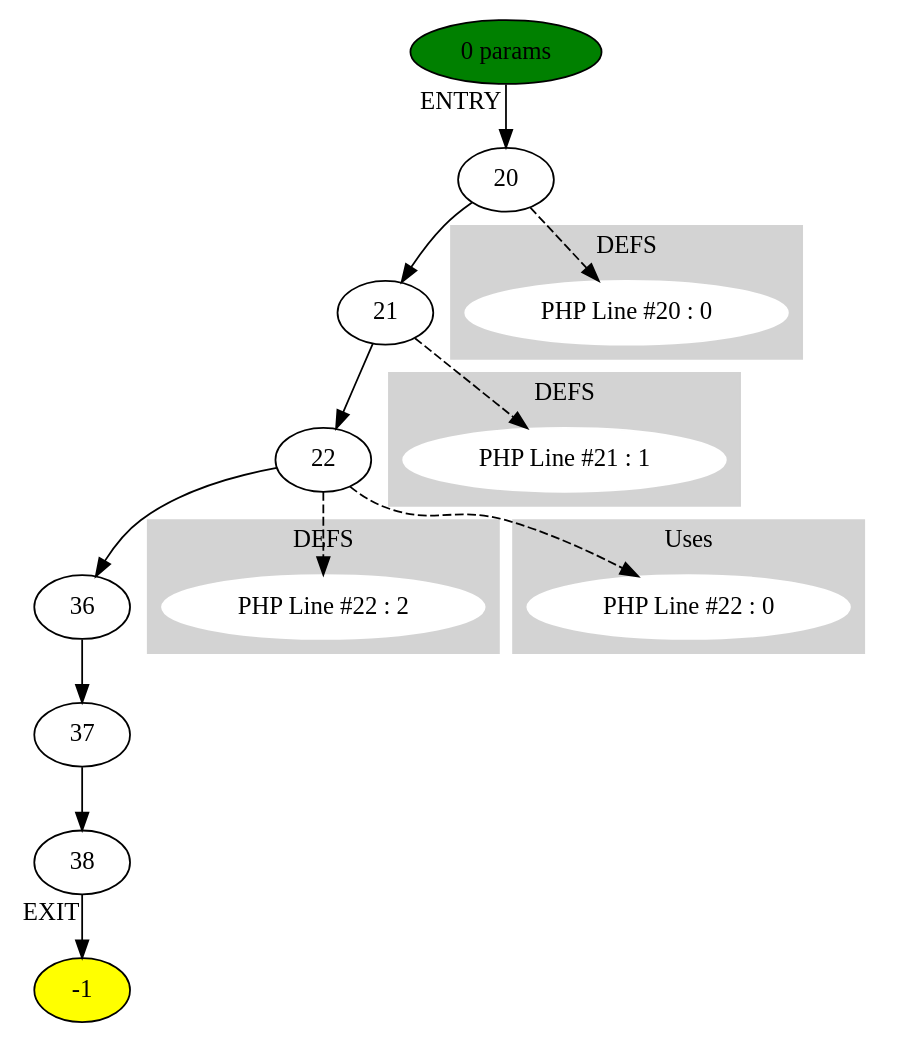
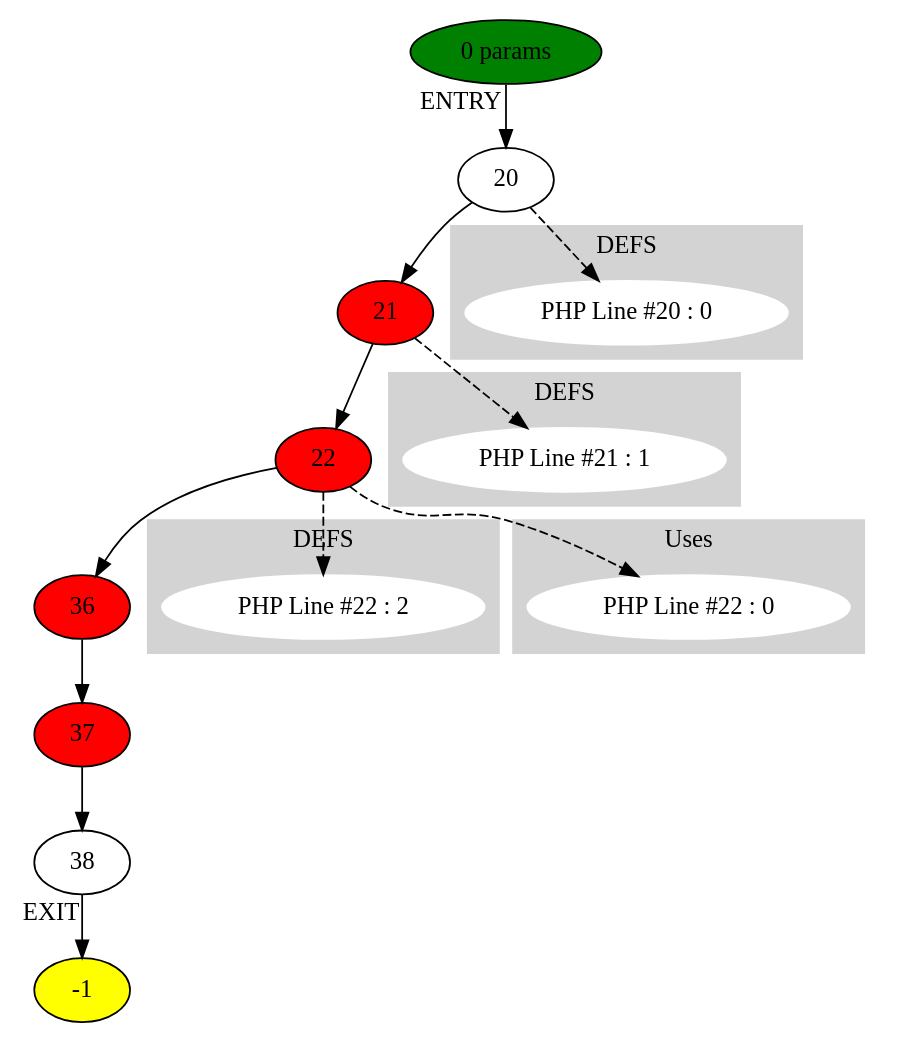
Before and after one commit to brianedmonds90/CFG-Hip-Hop: the diagram in CFG_FROM_PHP/graphViz/assign_me_Function siteJson at 28 (ID 1).dot, drawn with Graphviz. The commit also changed 27 other files, not shown here.

```diff
--- a/CFG_FROM_PHP/graphViz/assign_me_Function siteJson at 28 (ID 1).dot
+++ b/CFG_FROM_PHP/graphViz/assign_me_Function siteJson at 28 (ID 1).dot
@@ -1,65 +1,24 @@
 digraph testName {
-0 [label="20" tooltip="String
-VGetG
-BindL
-PopV
-"];
-1 [label="21" tooltip="String
-FPushFuncD
-String
-FPassCE
-FCall
-UnboxR
-String
-Concat
-FPushFuncD
-String
-FPassCE
-FCall
-UnboxR
-Concat
-Concat
-SetL
-PopC
-"];
-2 [label="22" tooltip="CGetL
-FPushObjMethodD
-FPassL
-FCall
-UnboxR
-SetL
-PopC
-"];
-3 [label="36" tooltip="FPushFuncD
-String
-FPassCE
-FCall
-PopR
-"];
-4 [label="37" tooltip="FPushFuncD
-FPassL
-FCall
-UnboxR
-Print
-PopC
-"];
-5 [label="38" tooltip="Null
-RetC
-"];
+0 [label="20"];
+1 [label="21" , fillcolor = red, style = filled];
+2 [label="22" , fillcolor = red, style = filled];
+3 [label="36" , fillcolor = red, style = filled];
+4 [label="37" , fillcolor = red, style = filled];
+5 [label="38"];
 0 -> 1;
 1 -> 2;
 2 -> 3;
 3 -> 4;
 4 -> 5;
 -2 -> 0[xlabel="ENTRY"];
 5 -> -1[xlabel="EXIT"];
 -2 [fillcolor = green, style = filled]-1 [fillcolor= yellow, style = filled] subgraph cluster_g_0 { style=filled; color=lightgrey; node [style=filled,color=white]; g_0[label= "PHP Line #20 : 0"];label = "DEFS";}
 0 -> g_0 [style="dashed"];
 subgraph cluster_g_1 { style=filled; color=lightgrey; node [style=filled,color=white]; g_1[label= "PHP Line #21 : 1"];label = "DEFS";}
 1 -> g_1 [style="dashed"];
 subgraph cluster_g_2 { style=filled; color=lightgrey; node [style=filled,color=white]; g_2[label= "PHP Line #22 : 2"];label = "DEFS";}
 2 -> g_2 [style="dashed"];
 subgraph cluster_use_2 { style=filled; color=lightgrey; node [style=filled,color=white]; use_2_0[label= "PHP Line #22 : 0"];label = "Uses";}
 2 -> use_2_0 [style="dashed"];
 -2 [label="0 params"];
 }
```
